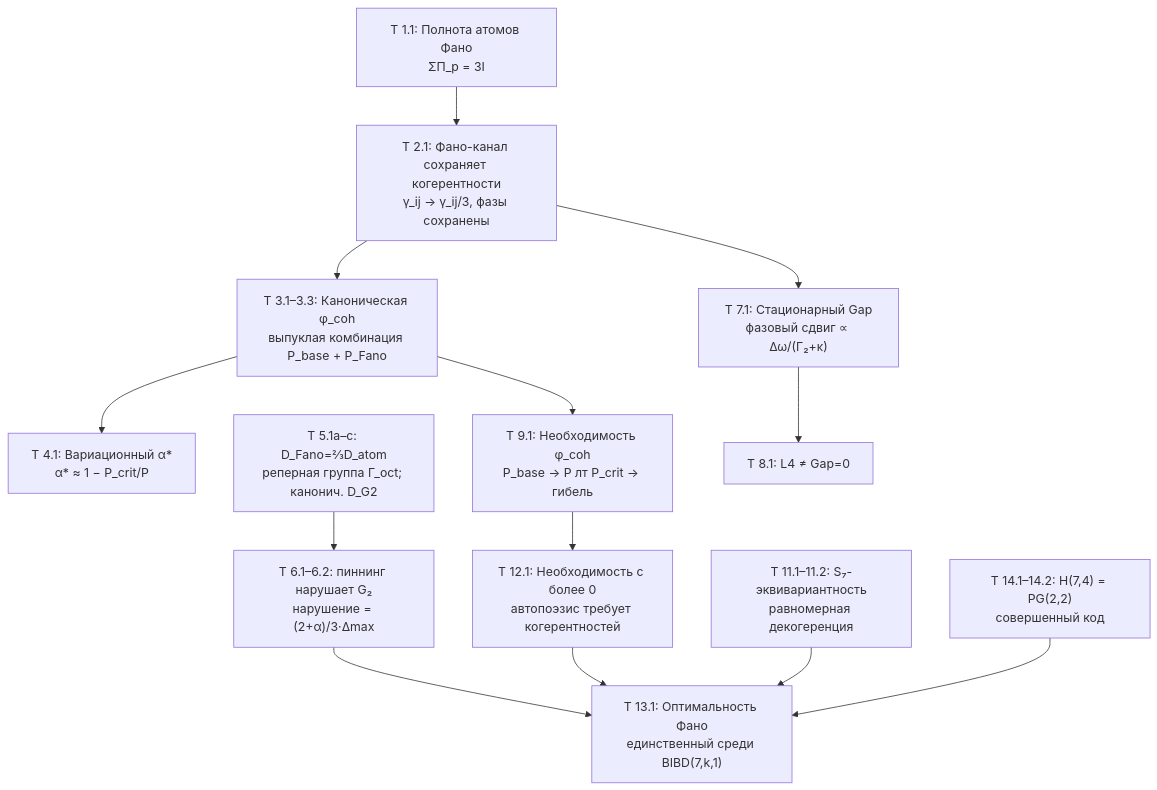
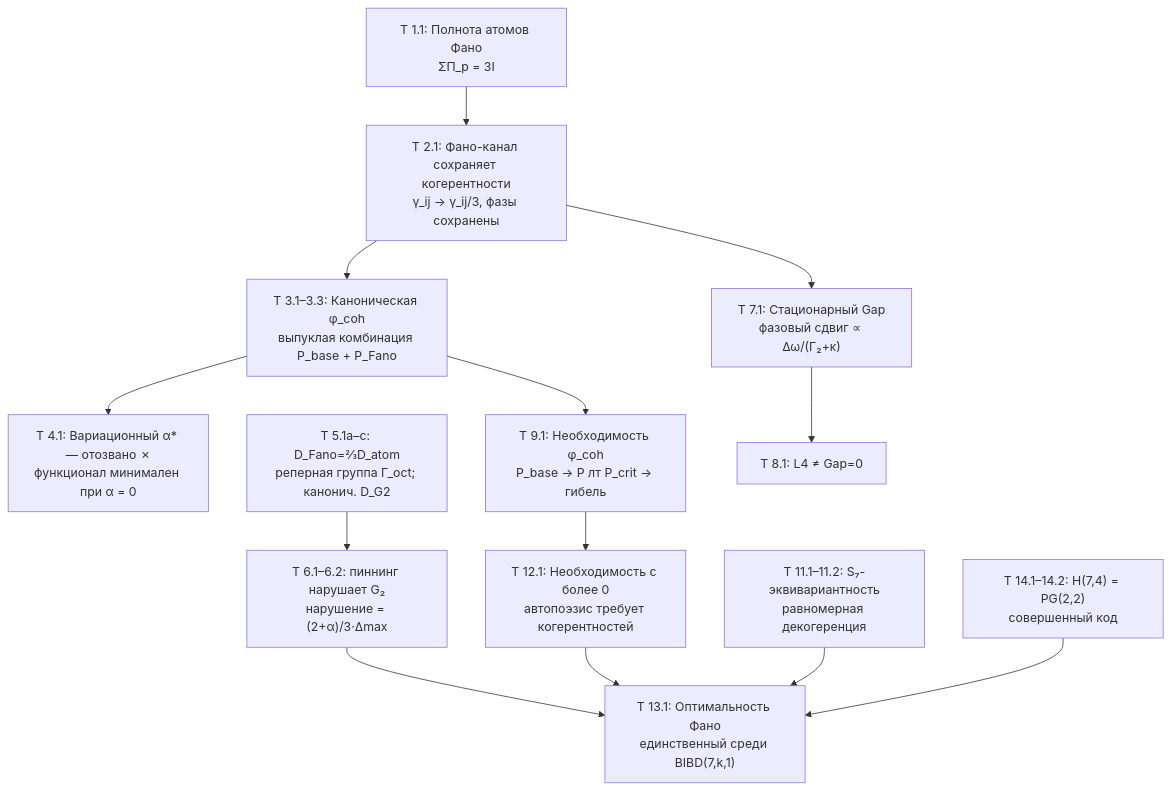
Before and after one commit to gst-st/uhm: the diagram in website/i18n/ru/docusaurus-plugin-content-docs/current/proofs/gap/fano-channel.md, drawn with Mermaid. The commit also changed other lines of this file and 25 other files, not shown here.

````diff
--- a/website/i18n/ru/docusaurus-plugin-content-docs/current/proofs/gap/fano-channel.md
+++ b/website/i18n/ru/docusaurus-plugin-content-docs/current/proofs/gap/fano-channel.md
@@ -470,15 +478,15 @@
 ```mermaid
 flowchart TD
     T1["Т 1.1: Полнота атомов Фано<br/>ΣΠ_p = 3I"] --> T2["Т 2.1: Фано-канал сохраняет когерентности<br/>γ_ij → γ_ij/3, фазы сохранены"]
     T2 --> T3["Т 3.1–3.3: Каноническая φ_coh<br/>выпуклая комбинация P_base + P_Fano"]
-    T3 --> T4["Т 4.1: Вариационный α*<br/>α* ≈ 1 − P_crit/P"]
+    T3 --> T4["Т 4.1: Вариационный α* — отозвано ✗<br/>функционал минимален при α = 0"]
     T5["Т 5.1a–c: D_Fano=⅔D_atom<br/>реперная группа Γ_oct; канонич. D_G2"] --> T6["Т 6.1–6.2: пиннинг нарушает G₂<br/>нарушение = (2+α)/3·Δmax"]
     T6 --> T13["Т 13.1: Оптимальность Фано<br/>единственный среди BIBD(7,k,1)"]
     T2 --> T7["Т 7.1: Стационарный Gap<br/>фазовый сдвиг ∝ Δω/(Γ₂+κ)"]
     T7 --> T8["Т 8.1: L4 ≠ Gap=0"]
     T3 --> T9["Т 9.1: Необходимость φ_coh<br/>P_base → P лт P_crit → гибель"]
     T9 --> T12["Т 12.1: Необходимость c более 0<br/>автопоэзис требует когерентностей"]
     T12 --> T13
     T11["Т 11.1–11.2: S₇-эквивариантность<br/>равномерная декогеренция"] --> T13
     T14["Т 14.1–14.2: H(7,4) = PG(2,2)<br/>совершенный код"] --> T13
 ```
````
